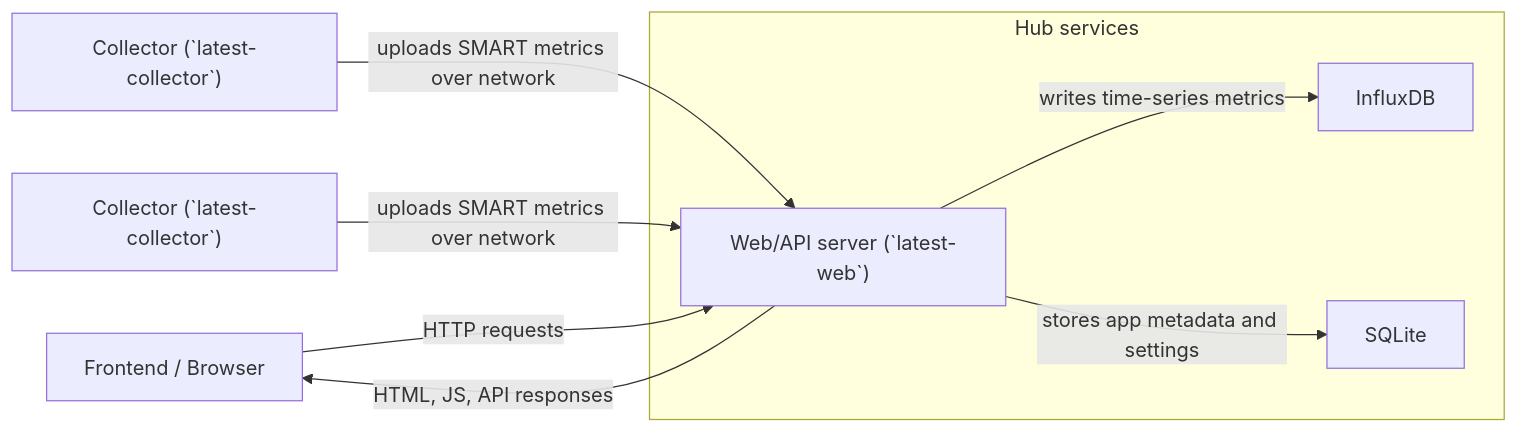
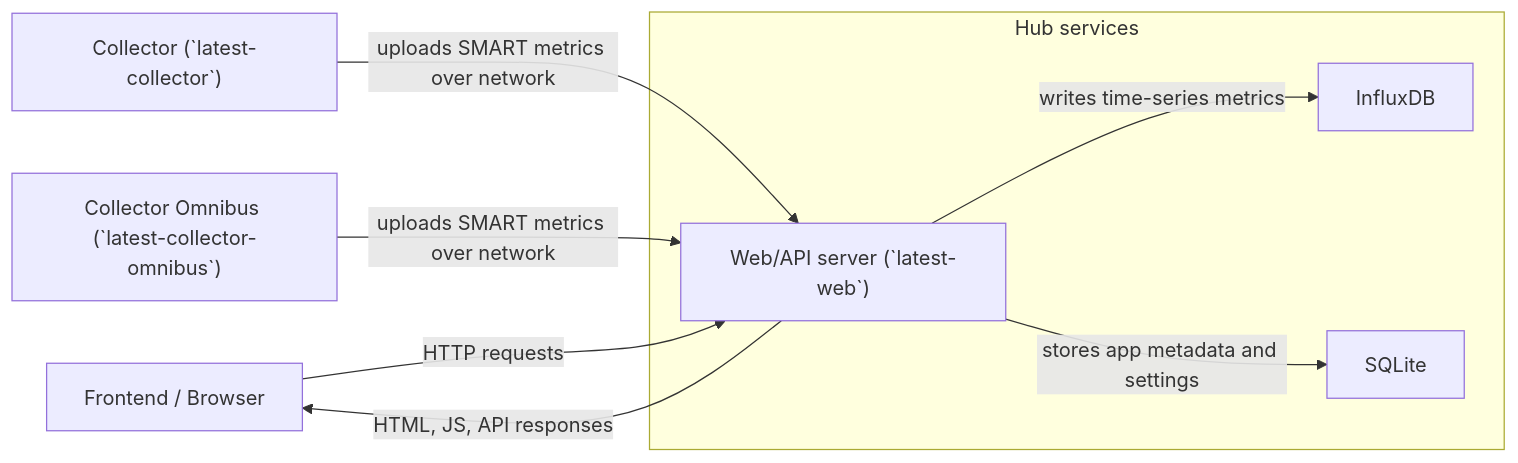
The second of 2 diagrams in docs/ARCHITECTURE.md (Starosdev/scrutiny), drawn with Mermaid before and after one commit. The commit also changed other lines of this file and 55 other files, not shown here.

````diff
--- a/docs/ARCHITECTURE.md
+++ b/docs/ARCHITECTURE.md
@@ -38,19 +38,19 @@
 ```mermaid
 flowchart LR
     Browser["Frontend / Browser"]
     CollectorA["Collector (`latest-collector`)"]
-    CollectorB["Collector (`latest-collector`)"]
+    CollectorB["Collector Omnibus (`latest-collector-omnibus`)"]
 
     subgraph Hub["Hub services"]
         Web["Web/API server (`latest-web`)"]
         Influx["InfluxDB"]
         SQLite["SQLite"]
     end
 
     CollectorA -->|"uploads SMART metrics over network"| Web
     CollectorB -->|"uploads SMART metrics over network"| Web
     Web -->|"writes time-series metrics"| Influx
     Web -->|"stores app metadata and settings"| SQLite
     Browser -->|"HTTP requests"| Web
     Web -->|"HTML, JS, API responses"| Browser
 ```
````
